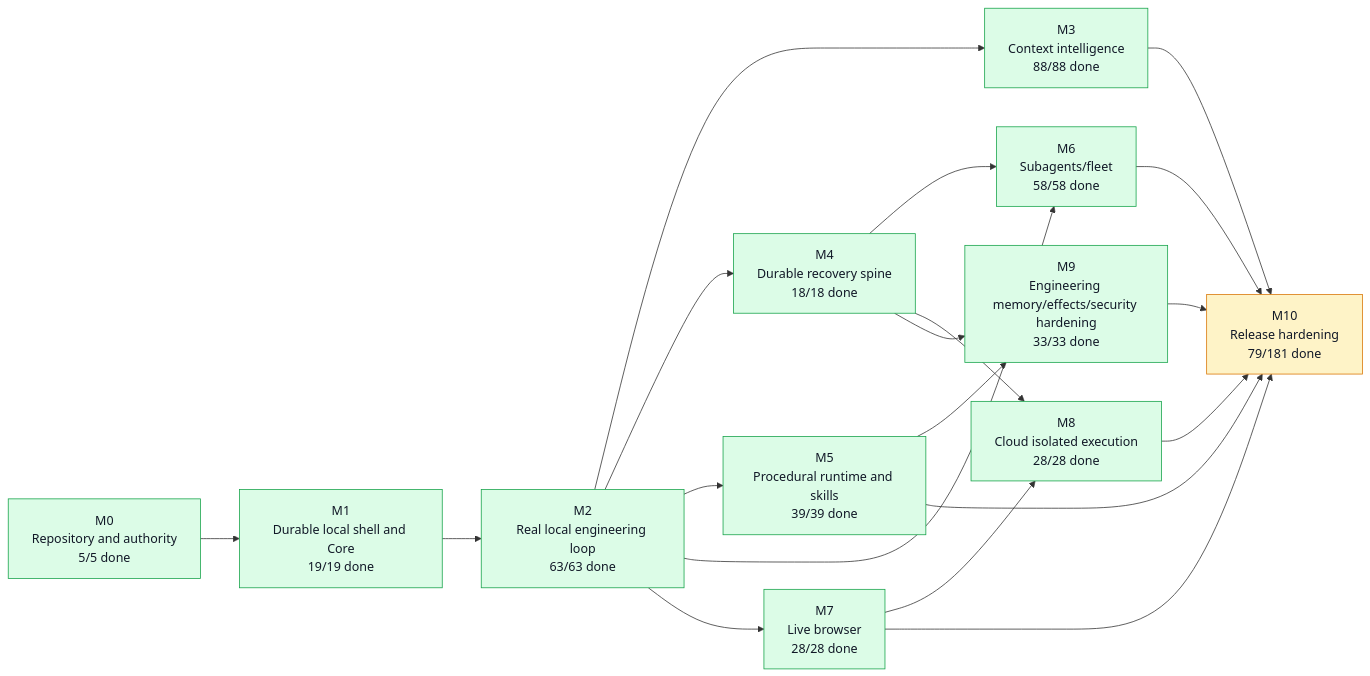
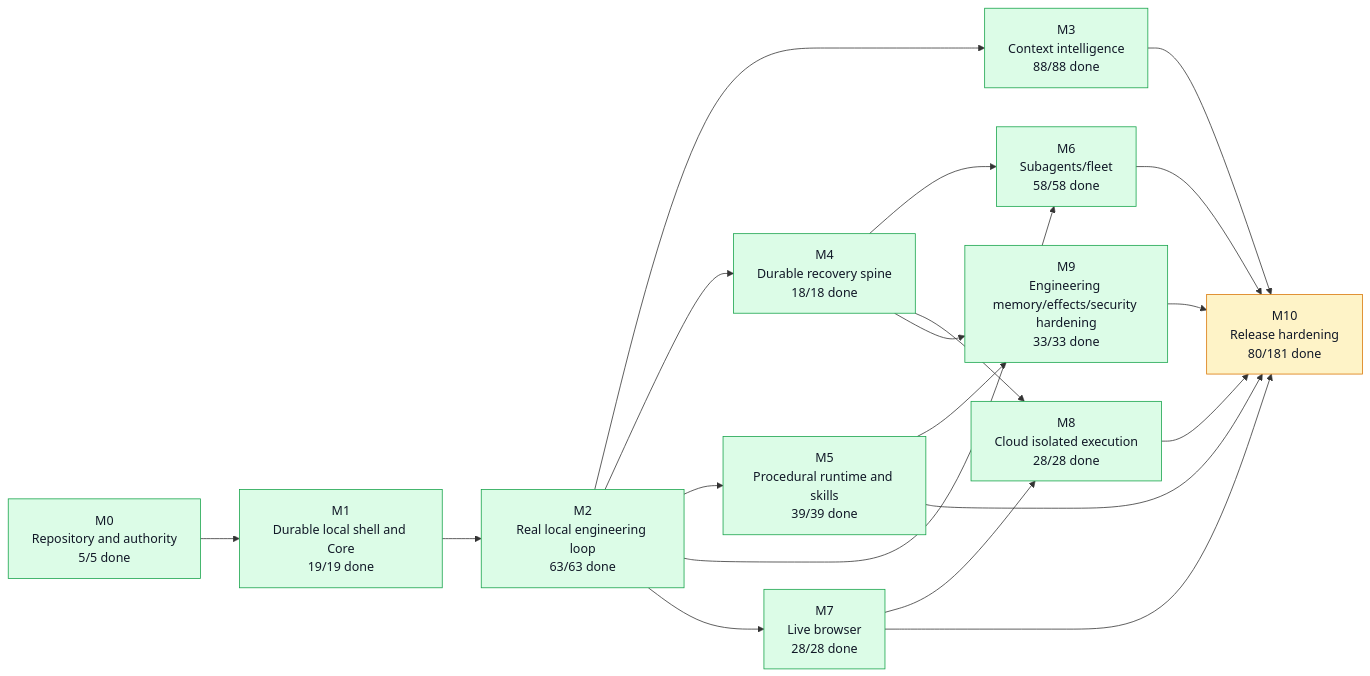
The first of 5 diagrams in graph/PROJECT_GRAPH.md (moss101/modbit), drawn with Mermaid before and after one commit. The commit also changed other lines of this file and 5 other files, not shown here.

````diff
--- a/graph/PROJECT_GRAPH.md
+++ b/graph/PROJECT_GRAPH.md
@@ -57,43 +57,43 @@
 ```mermaid
 flowchart LR
   M0["M0<br/>Repository and authority<br/>5/5 done"]
   M1["M1<br/>Durable local shell and Core<br/>19/19 done"]
   M2["M2<br/>Real local engineering loop<br/>63/63 done"]
   M3["M3<br/>Context intelligence<br/>88/88 done"]
   M4["M4<br/>Durable recovery spine<br/>18/18 done"]
   M5["M5<br/>Procedural runtime and skills<br/>39/39 done"]
   M6["M6<br/>Subagents/fleet<br/>58/58 done"]
   M7["M7<br/>Live browser<br/>28/28 done"]
   M8["M8<br/>Cloud isolated execution<br/>28/28 done"]
   M9["M9<br/>Engineering memory/effects/security hardening<br/>33/33 done"]
-  M10["M10<br/>Release hardening<br/>79/181 done"]
+  M10["M10<br/>Release hardening<br/>80/181 done"]
   M0 --> M1
   M1 --> M2
   M2 --> M3
   M2 --> M4
   M2 --> M5
   M2 --> M6
   M4 --> M6
   M2 --> M7
   M4 --> M8
   M7 --> M8
   M4 --> M9
   M5 --> M9
   M3 --> M10
   M5 --> M10
   M6 --> M10
   M7 --> M10
   M8 --> M10
   M9 --> M10
   style M0 fill:#dcfce7,stroke:#16a34a,color:#111827
   style M1 fill:#dcfce7,stroke:#16a34a,color:#111827
   style M2 fill:#dcfce7,stroke:#16a34a,color:#111827
   style M3 fill:#dcfce7,stroke:#16a34a,color:#111827
   style M4 fill:#dcfce7,stroke:#16a34a,color:#111827
   style M5 fill:#dcfce7,stroke:#16a34a,color:#111827
   style M6 fill:#dcfce7,stroke:#16a34a,color:#111827
   style M7 fill:#dcfce7,stroke:#16a34a,color:#111827
   style M8 fill:#dcfce7,stroke:#16a34a,color:#111827
   style M9 fill:#dcfce7,stroke:#16a34a,color:#111827
   style M10 fill:#fef3c7,stroke:#d97706,color:#111827
 ```
````
